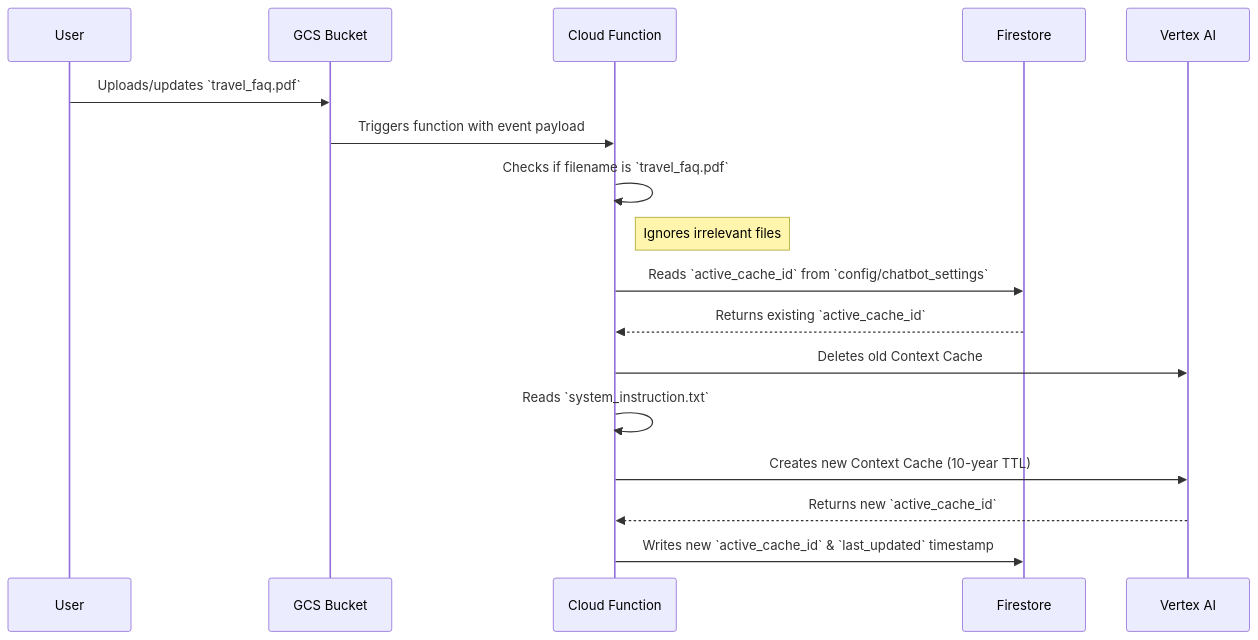
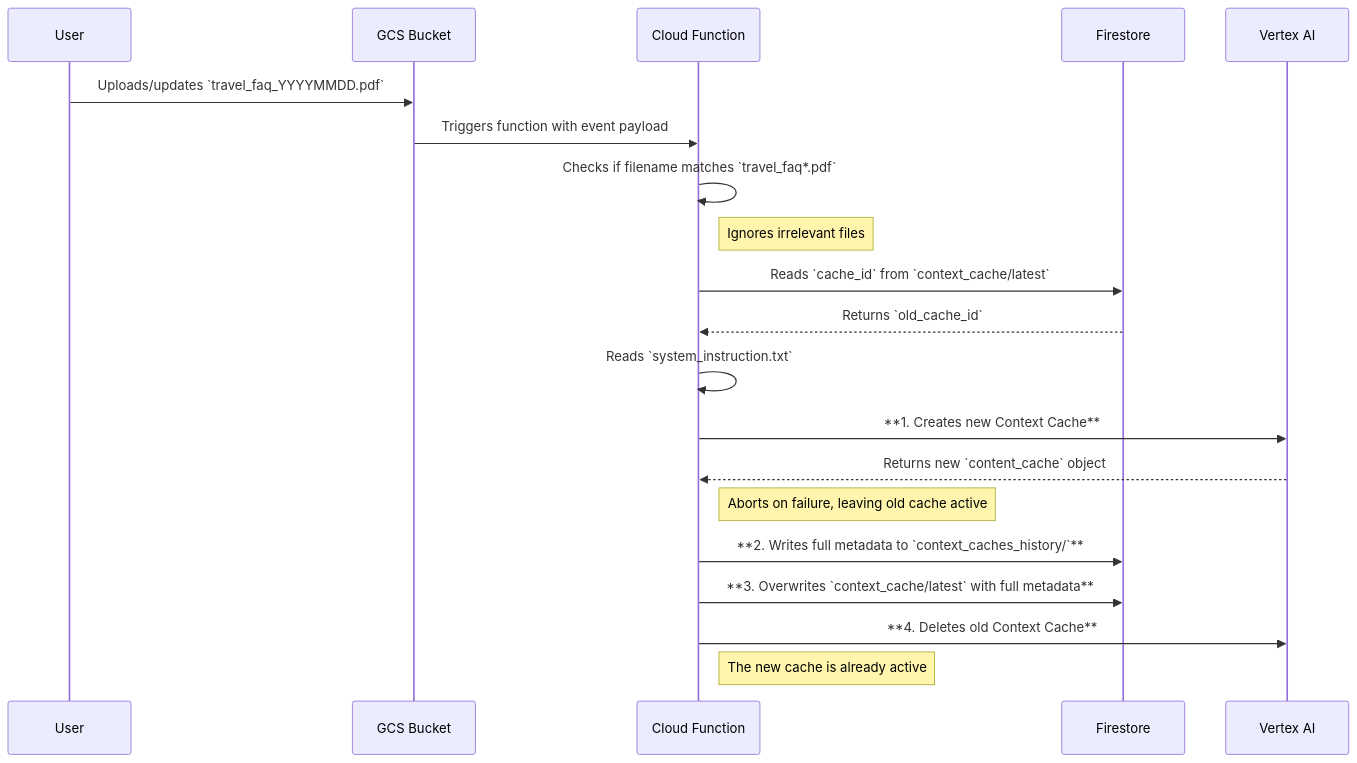
Before and after one commit to sandipdatta/cache_updater: the diagram in README.md, drawn with Mermaid. The commit also changed other lines of this file and 5 other files, not shown here.

````diff
--- a/README.md
+++ b/README.md
@@ -14,26 +17,29 @@
 ```mermaid
 sequenceDiagram
     participant User
     participant GCS Bucket
     participant Cloud Function
     participant Firestore
     participant Vertex AI
 
-    User->>GCS Bucket: Uploads/updates `travel_faq.pdf`
+    User->>GCS Bucket: Uploads/updates `travel_faq_YYYYMMDD.pdf`
     GCS Bucket->>Cloud Function: Triggers function with event payload
     
-    Cloud Function->>Cloud Function: Checks if filename is `travel_faq.pdf`
+    Cloud Function->>Cloud Function: Checks if filename matches `travel_faq*.pdf`
     Note right of Cloud Function: Ignores irrelevant files
 
-    Cloud Function->>Firestore: Reads `active_cache_id` from `config/chatbot_settings`
-    Firestore-->>Cloud Function: Returns existing `active_cache_id`
-    
-    Cloud Function->>Vertex AI: Deletes old Context Cache
+    Cloud Function->>Firestore: Reads `cache_id` from `context_cache/latest`
+    Firestore-->>Cloud Function: Returns `old_cache_id`
     
     Cloud Function->>Cloud Function: Reads `system_instruction.txt`
-    Cloud Function->>Vertex AI: Creates new Context Cache (10-year TTL)
-    Vertex AI-->>Cloud Function: Returns new `active_cache_id`
+    Cloud Function->>Vertex AI: **1. Creates new Context Cache**
+    Vertex AI-->>Cloud Function: Returns new `content_cache` object
+    Note right of Cloud Function: Aborts on failure, leaving old cache active
+
+    Cloud Function->>Firestore: **2. Writes full metadata to `context_caches_history/`**
+    Cloud Function->>Firestore: **3. Overwrites `context_cache/latest` with full metadata**
     
-    Cloud Function->>Firestore: Writes new `active_cache_id` & `last_updated` timestamp
+    Cloud Function->>Vertex AI: **4. Deletes old Context Cache**
+    Note right of Cloud Function: The new cache is already active
 
 ```
````
